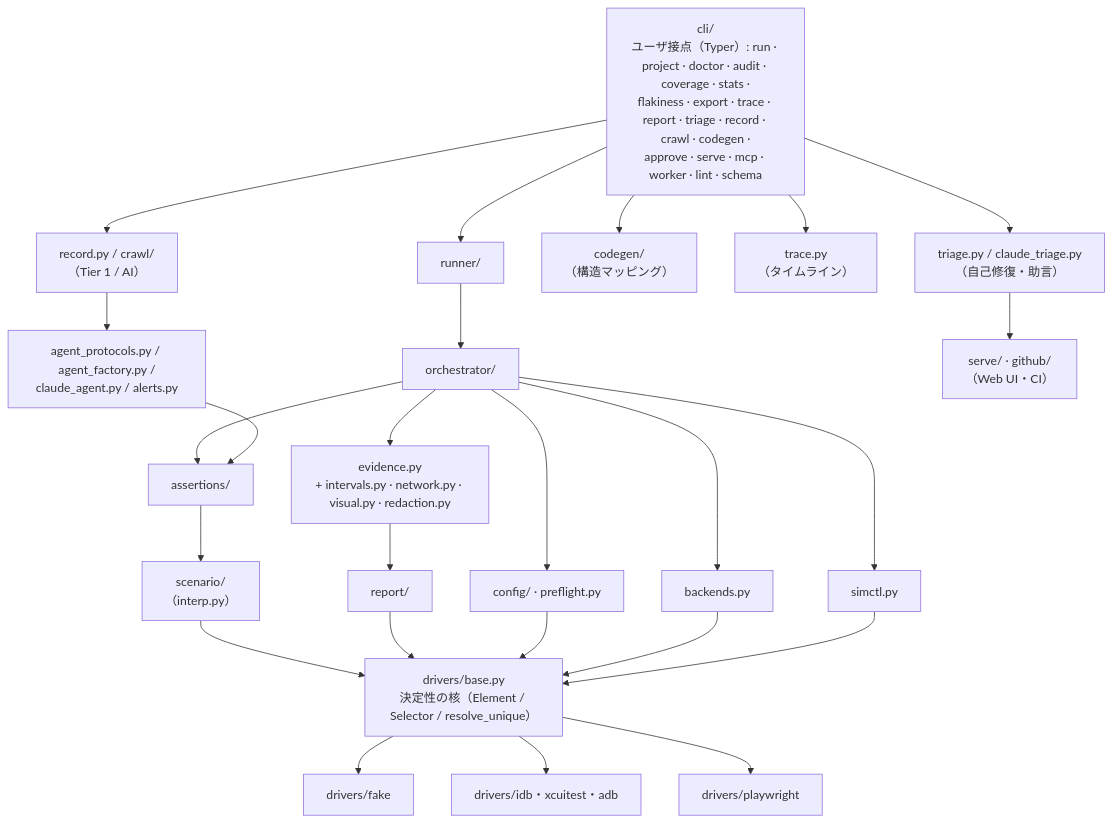
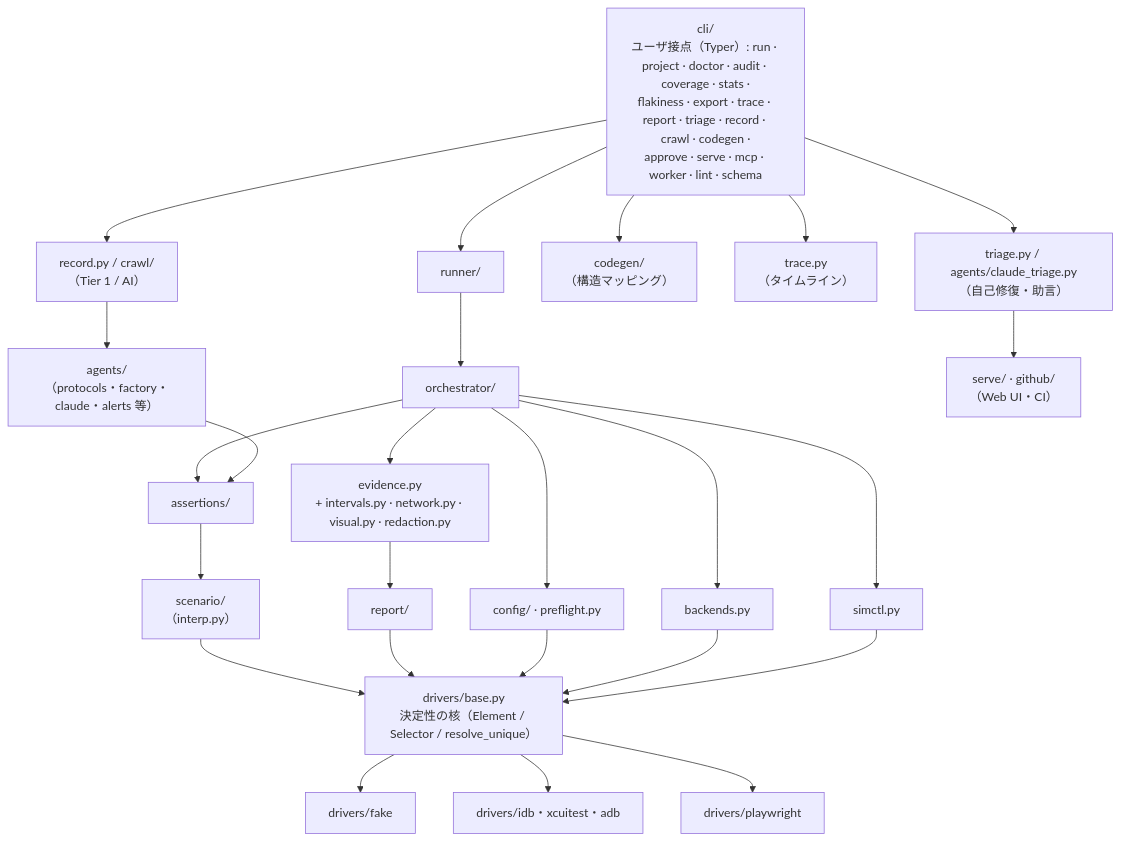
The second of 2 diagrams in docs/ja/architecture.md (bajutsu-e2e/bajutsu), drawn with Mermaid before and after one commit. The commit also changed other lines of this file and 63 other files, not shown here.

First line of the commit message:
refactor(agents): package the AI/agent periphery as bajutsu/agents/ (BE-0257 stage 4)

````diff
--- a/docs/ja/architecture.md
+++ b/docs/ja/architecture.md
@@ -137,59 +134,59 @@
 ```mermaid
 flowchart TB
     cli["cli/<br/>ユーザ接点（Typer）: run · project · doctor · audit · coverage · stats ·<br/>flakiness · export · trace · report · triage · record · crawl · codegen ·<br/>approve · serve · mcp · worker · lint · schema"]
 
     runner["runner/"]
     record["record.py / crawl/<br/>（Tier 1 / AI）"]
     codegen["codegen/<br/>（構造マッピング）"]
     trace["trace.py<br/>（タイムライン）"]
-    triage["triage.py / claude_triage.py<br/>（自己修復・助言）"]
+    triage["triage.py / agents/claude_triage.py<br/>（自己修復・助言）"]
 
     orch["orchestrator/"]
-    agentStuff["agent_protocols.py / agent_factory.py /<br/>claude_agent.py / alerts.py"]
+    agentStuff["agents/<br/>（protocols・factory・claude・alerts 等）"]
     serveGh["serve/ · github/<br/>（Web UI・CI）"]
 
     assertions["assertions/"]
     evidence["evidence.py<br/>+ intervals.py · network.py · visual.py · redaction.py"]
 
     scenario["scenario/<br/>（interp.py）"]
     report["report/"]
     config["config/ · preflight.py"]
     backends["backends.py"]
     simctl["simctl.py"]
 
     base["drivers/base.py<br/>決定性の核（Element / Selector / resolve_unique）"]
 
     fake["drivers/fake"]
     ios["drivers/idb・xcuitest・adb"]
     pw["drivers/playwright"]
 
     cli --> runner
     cli --> record
     cli --> codegen
     cli --> trace
     cli --> triage
 
     runner --> orch
     record --> agentStuff
     triage --> serveGh
 
     orch --> assertions
     orch --> evidence
     agentStuff --> assertions
 
     assertions --> scenario
     evidence --> report
     orch --> config
     orch --> backends
     orch --> simctl
 
     scenario --> base
     report --> base
     config --> base
     backends --> base
     simctl --> base
 
     base --> fake
     base --> ios
     base --> pw
 ```
````
